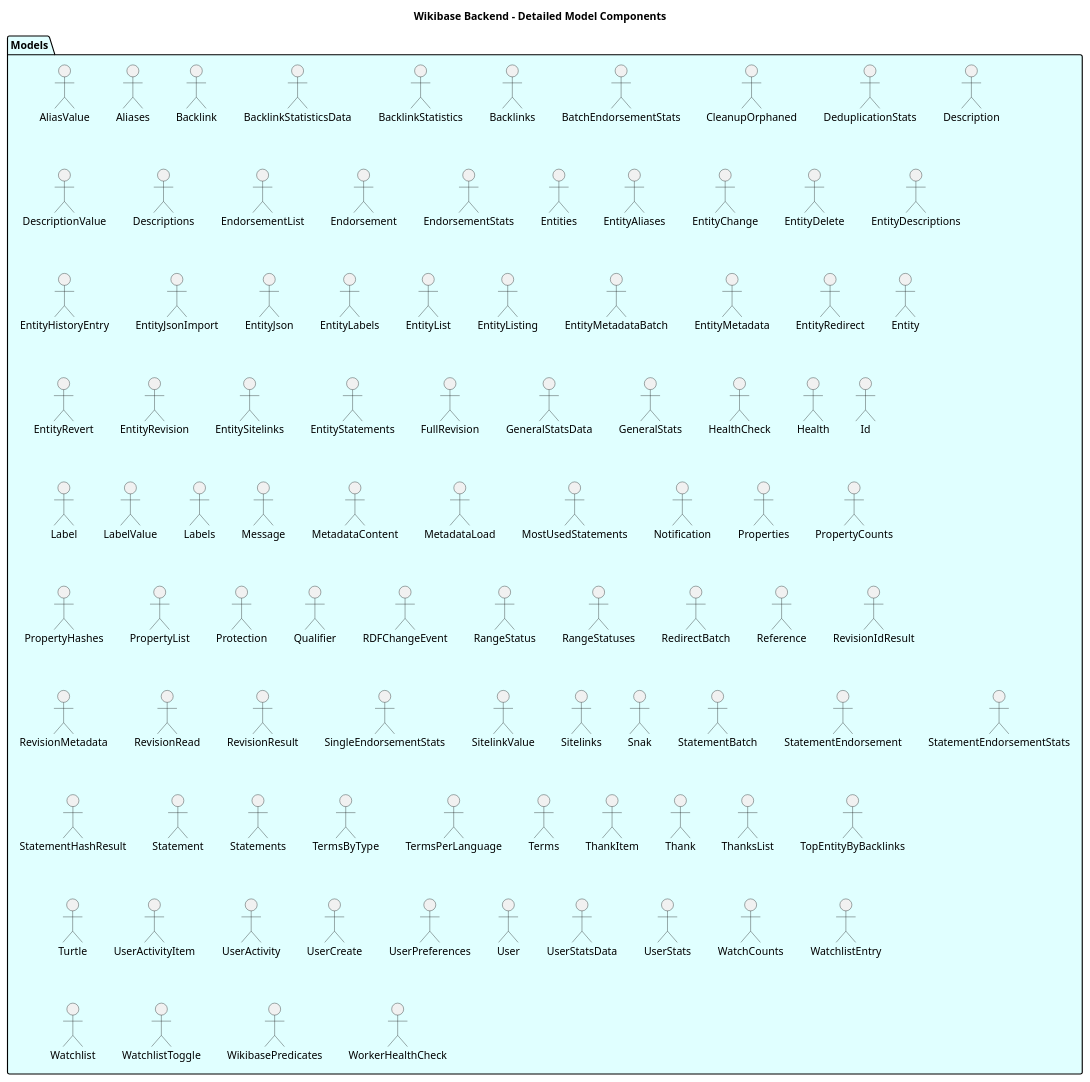
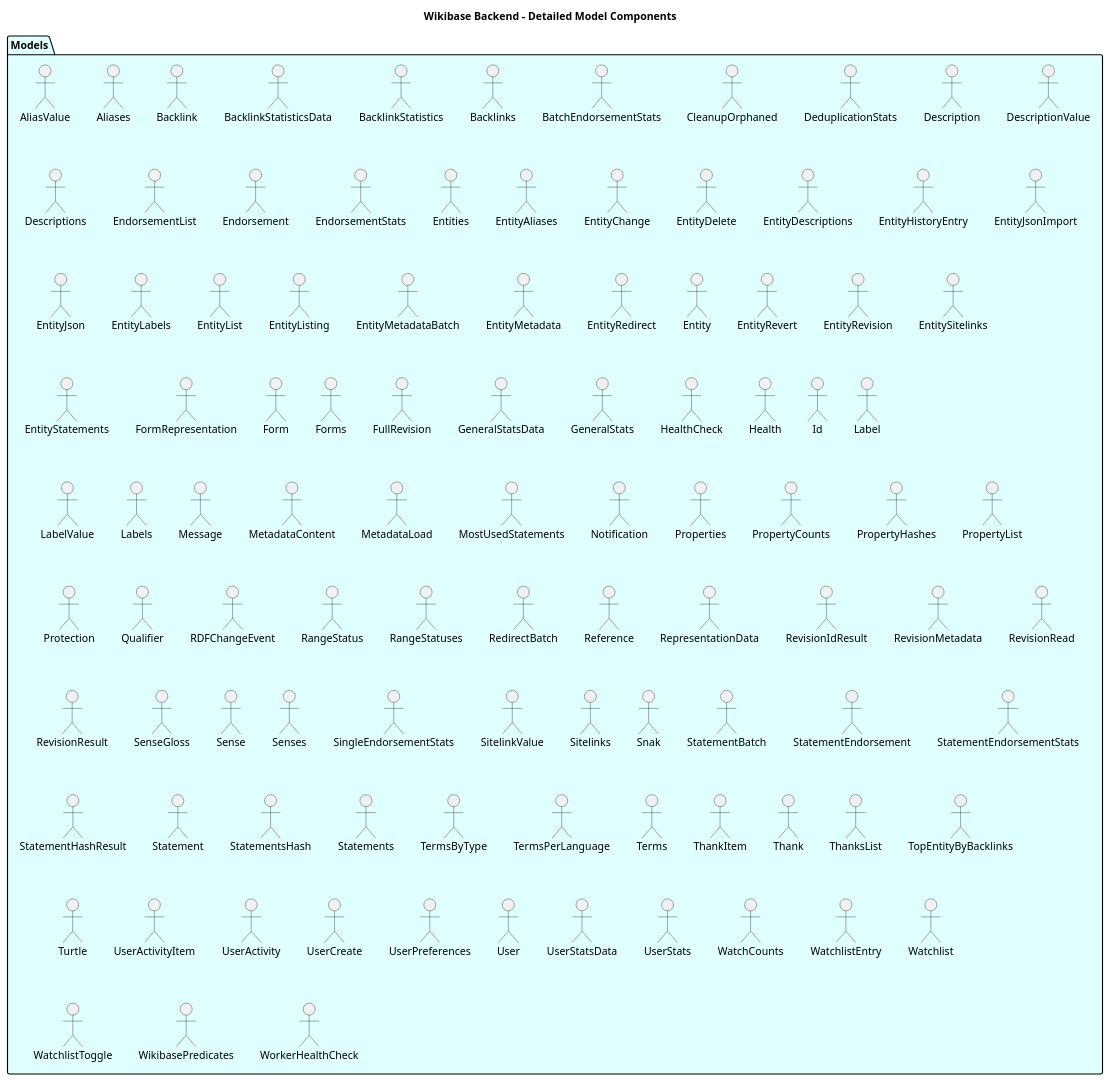
The diagram in doc/DIAGRAMS/detailed_model_components.puml (dpriskorn/entitybase-backend), drawn with PlantUML before and after one commit. The commit also changed 25 other files, not shown here.

```diff
--- a/doc/DIAGRAMS/detailed_model_components.puml
+++ b/doc/DIAGRAMS/detailed_model_components.puml
@@ -1,102 +1,110 @@
 @startuml Detailed Model Components
 
 title Wikibase Backend - Detailed Model Components
 
 package "Models" as Models #LightCyan {
     "AliasValue" as AliasValue
     "Aliases" as AliasesResponse
     "Backlink" as BacklinkResponse
     "BacklinkStatisticsData" as BacklinkStatisticsData
     "BacklinkStatistics" as BacklinkStatisticsResponse
     "Backlinks" as BacklinksResponse
     "BatchEndorsementStats" as BatchEndorsementStatsResponse
     "CleanupOrphaned" as CleanupOrphanedResponse
     "DeduplicationStats" as DeduplicationStatsResponse
     "Description" as DescriptionResponse
     "DescriptionValue" as DescriptionValue
     "Descriptions" as DescriptionsResponse
     "EndorsementList" as EndorsementListResponse
     "Endorsement" as EndorsementResponse
     "EndorsementStats" as EndorsementStatsResponse
     "Entities" as EntitiesResponse
     "EntityAliases" as EntityAliasesResponse
     "EntityChange" as EntityChange
     "EntityDelete" as EntityDeleteResponse
     "EntityDescriptions" as EntityDescriptionsResponse
     "EntityHistoryEntry" as EntityHistoryEntry
     "EntityJsonImport" as EntityJsonImportResponse
     "EntityJson" as EntityJsonResponse
     "EntityLabels" as EntityLabelsResponse
     "EntityList" as EntityListResponse
     "EntityListing" as EntityListing
     "EntityMetadataBatch" as EntityMetadataBatchResponse
     "EntityMetadata" as EntityMetadataResponse
     "EntityRedirect" as EntityRedirectResponse
     "Entity" as EntityResponse
     "EntityRevert" as EntityRevertResponse
     "EntityRevision" as EntityRevisionResponse
     "EntitySitelinks" as EntitySitelinksResponse
     "EntityStatements" as EntityStatementsResponse
+    "FormRepresentation" as FormRepresentationResponse
+    "Form" as FormResponse
+    "Forms" as FormsResponse
     "FullRevision" as FullRevisionResponse
     "GeneralStatsData" as GeneralStatsData
     "GeneralStats" as GeneralStatsResponse
     "HealthCheck" as HealthCheckResponse
     "Health" as HealthResponse
     "Id" as IdResponse
     "Label" as LabelResponse
     "LabelValue" as LabelValue
     "Labels" as LabelsResponse
     "Message" as MessageResponse
     "MetadataContent" as MetadataContent
     "MetadataLoad" as MetadataLoadResponse
     "MostUsedStatements" as MostUsedStatementsResponse
     "Notification" as NotificationResponse
     "Properties" as PropertiesResponse
     "PropertyCounts" as PropertyCountsResponse
     "PropertyHashes" as PropertyHashesResponse
     "PropertyList" as PropertyListResponse
     "Protection" as ProtectionResponse
     "Qualifier" as QualifierResponse
     "RDFChangeEvent" as RDFChangeEvent
     "RangeStatus" as RangeStatus
     "RangeStatuses" as RangeStatuses
     "RedirectBatch" as RedirectBatchResponse
     "Reference" as ReferenceResponse
+    "RepresentationData" as RepresentationData
     "RevisionIdResult" as RevisionIdResult
     "RevisionMetadata" as RevisionMetadataResponse
     "RevisionRead" as RevisionReadResponse
     "RevisionResult" as RevisionResult
+    "SenseGloss" as SenseGlossResponse
+    "Sense" as SenseResponse
+    "Senses" as SensesResponse
     "SingleEndorsementStats" as SingleEndorsementStatsResponse
     "SitelinkValue" as SitelinkValue
     "Sitelinks" as SitelinksResponse
     "Snak" as SnakResponse
     "StatementBatch" as StatementBatchResponse
     "StatementEndorsement" as StatementEndorsementResponse
     "StatementEndorsementStats" as StatementEndorsementStats
     "StatementHashResult" as StatementHashResult
     "Statement" as StatementResponse
+    "StatementsHash" as StatementsHashResponse
     "Statements" as StatementsResponse
     "TermsByType" as TermsByType
     "TermsPerLanguage" as TermsPerLanguage
     "Terms" as TermsResponse
     "ThankItem" as ThankItemResponse
     "Thank" as ThankResponse
     "ThanksList" as ThanksListResponse
     "TopEntityByBacklinks" as TopEntityByBacklinks
     "Turtle" as TurtleResponse
     "UserActivityItem" as UserActivityItemResponse
     "UserActivity" as UserActivityResponse
     "UserCreate" as UserCreateResponse
     "UserPreferences" as UserPreferencesResponse
     "User" as UserResponse
     "UserStatsData" as UserStatsData
     "UserStats" as UserStatsResponse
     "WatchCounts" as WatchCounts
     "WatchlistEntry" as WatchlistEntryResponse
     "Watchlist" as WatchlistResponse
     "WatchlistToggle" as WatchlistToggleResponse
     "WikibasePredicates" as WikibasePredicatesResponse
     "WorkerHealthCheck" as WorkerHealthCheckResponse
 }
 
 @enduml
```
